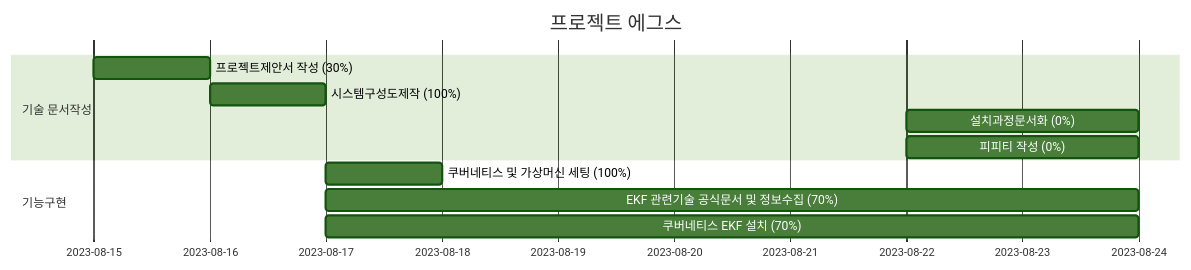
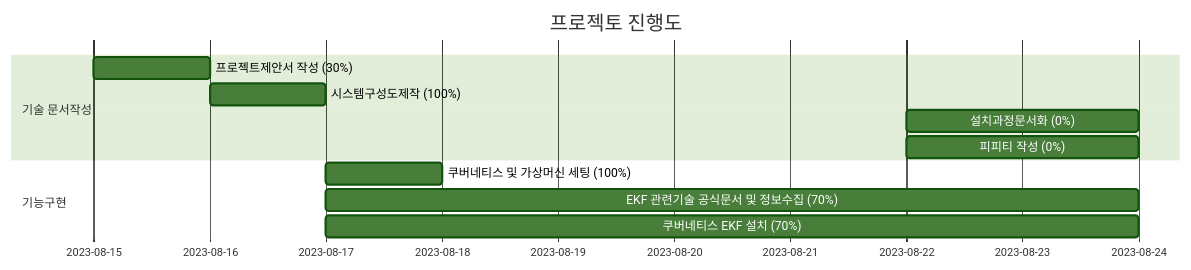
One commit to minjunkim5876/project_eggs changed the diagram in README.md. Above: the diagram before and after it, drawn with Mermaid (forest theme).

Commit message:
ㅇㅇㅇㅇ

````diff
--- a/README.md
+++ b/README.md
@@ -4,15 +4,15 @@
 ```mermaid
 gantt
-    title 프로젝트 에그스
+    title 프로젝토 진행도
     dateFormat  YYYY-MM-DD
     section 기술 문서작성
     프로젝트제안서 작성 (30%) : a1, 2023-8-15, 1d
     시스템구성도제작 (100%) : 2023-8-16, 1d
     설치과정문서화 (0%) : 2023-8-22, 2d
     피피티 작성 (0%) : 2023-8-22, 2d
 
     section 기능구현
     쿠버네티스 및 가상머신 세팅 (100%) : 2023-8-17,  1d
     EKF 관련기술 공식문서 및 정보수집 (70%) : 2023-8-17  , 7d
     쿠버네티스 EKF 설치 (70%) : 2023-8-17  , 7d
 ```
````
